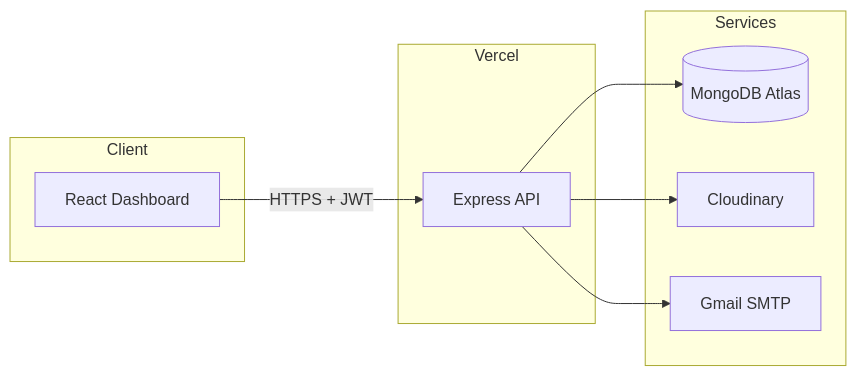
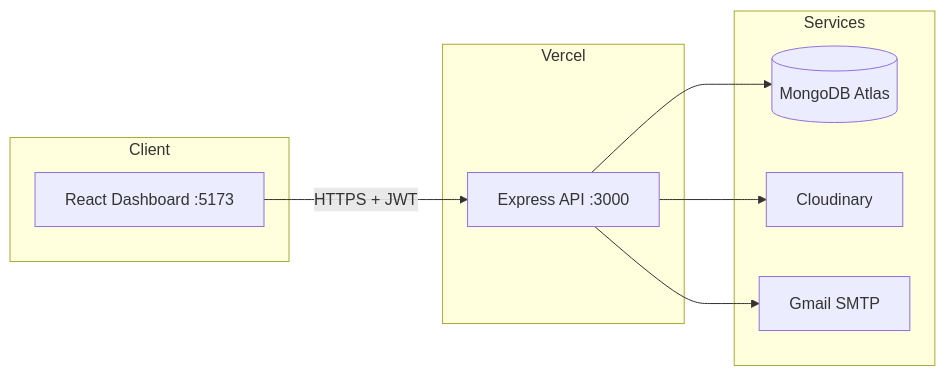
The diagram in README.md (Tadeosoto/MERN-job-posting-app), drawn with Mermaid before and after one commit. The commit also changed other lines of this file and 11 other files, not shown here.

````diff
--- a/README.md
+++ b/README.md
@@ -63,18 +102,18 @@
 ```mermaid
 flowchart LR
   subgraph Client
-    UI[React Dashboard]
+    UI[React Dashboard :5173]
   end
   subgraph Vercel
-    API[Express API]
+    API[Express API :3000]
   end
   subgraph Services
     DB[(MongoDB Atlas)]
     CL[Cloudinary]
     EM[Gmail SMTP]
   end
   UI -->|HTTPS + JWT| API
   API --> DB
   API --> CL
   API --> EM
 ```
````
